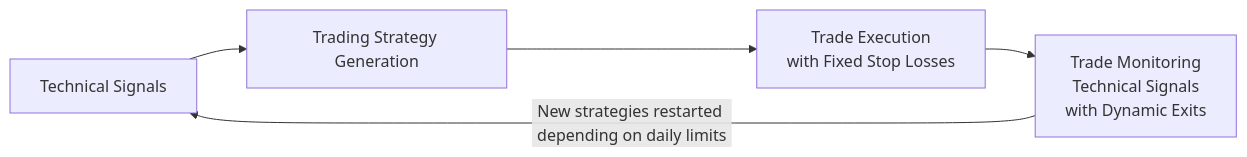
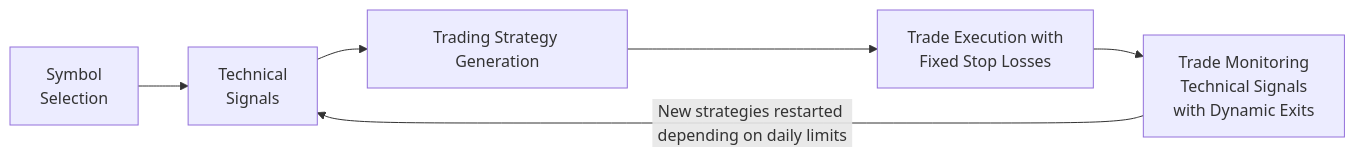
The first of 4 diagrams in README.md (rcosta-git/CandleSage), drawn with Mermaid before and after one commit. The commit also changed other lines of this file, not shown here.

````diff
--- a/README.md
+++ b/README.md
@@ -31,12 +38,14 @@
 ```mermaid
 flowchart LR
-    A[Technical Signals]
+    S[Symbol<br>Selection]
+    A[Technical<br>Signals]
     B[Trading Strategy Generation]
-    C[Trade Execution<br>with Fixed Stop Losses]
+    C[Trade Execution with<br>Fixed Stop Losses]
     D[Trade Monitoring<br>Technical Signals<br>with Dynamic Exits]
 
+    S --> A
     A --> B
     B --> C
     C --> D
     D -- "New strategies restarted depending on daily limits" --> A
 ```
````
